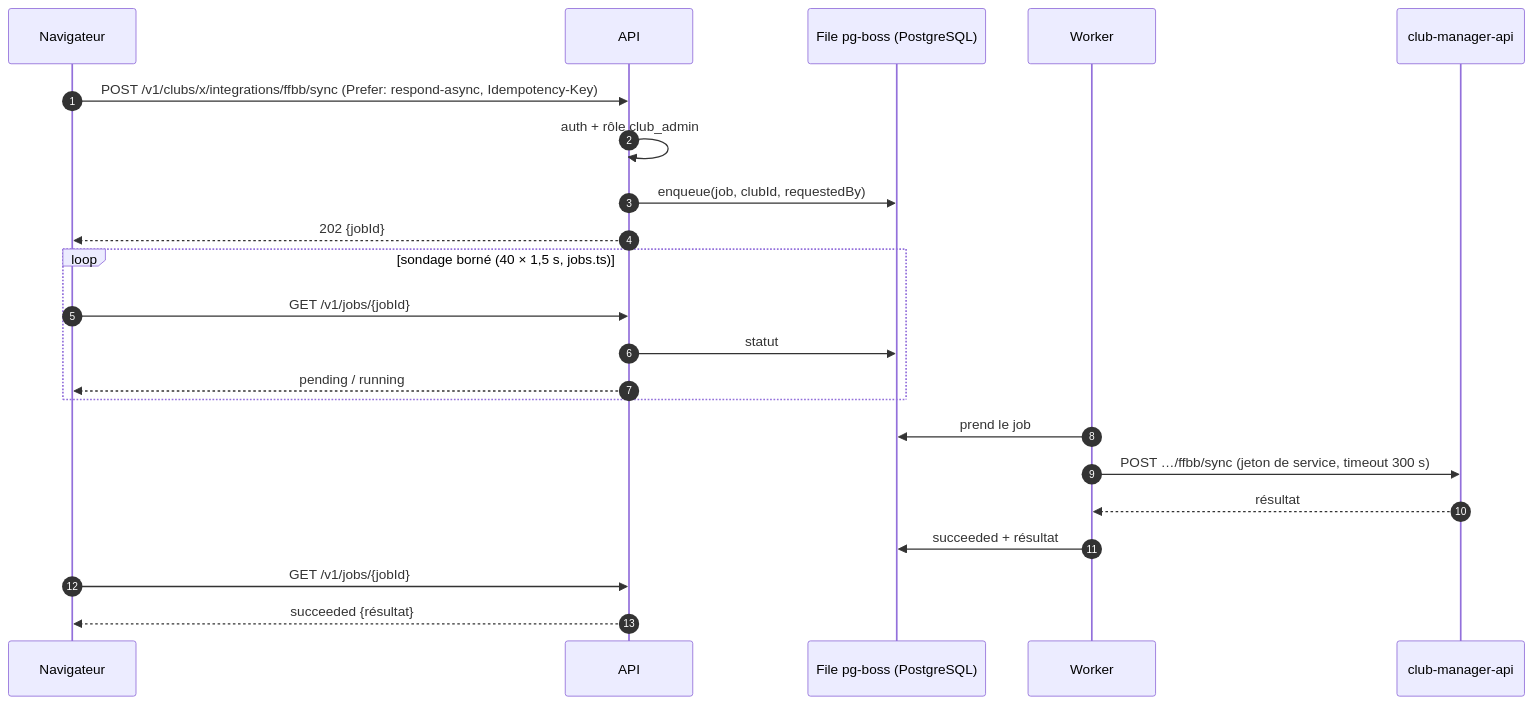
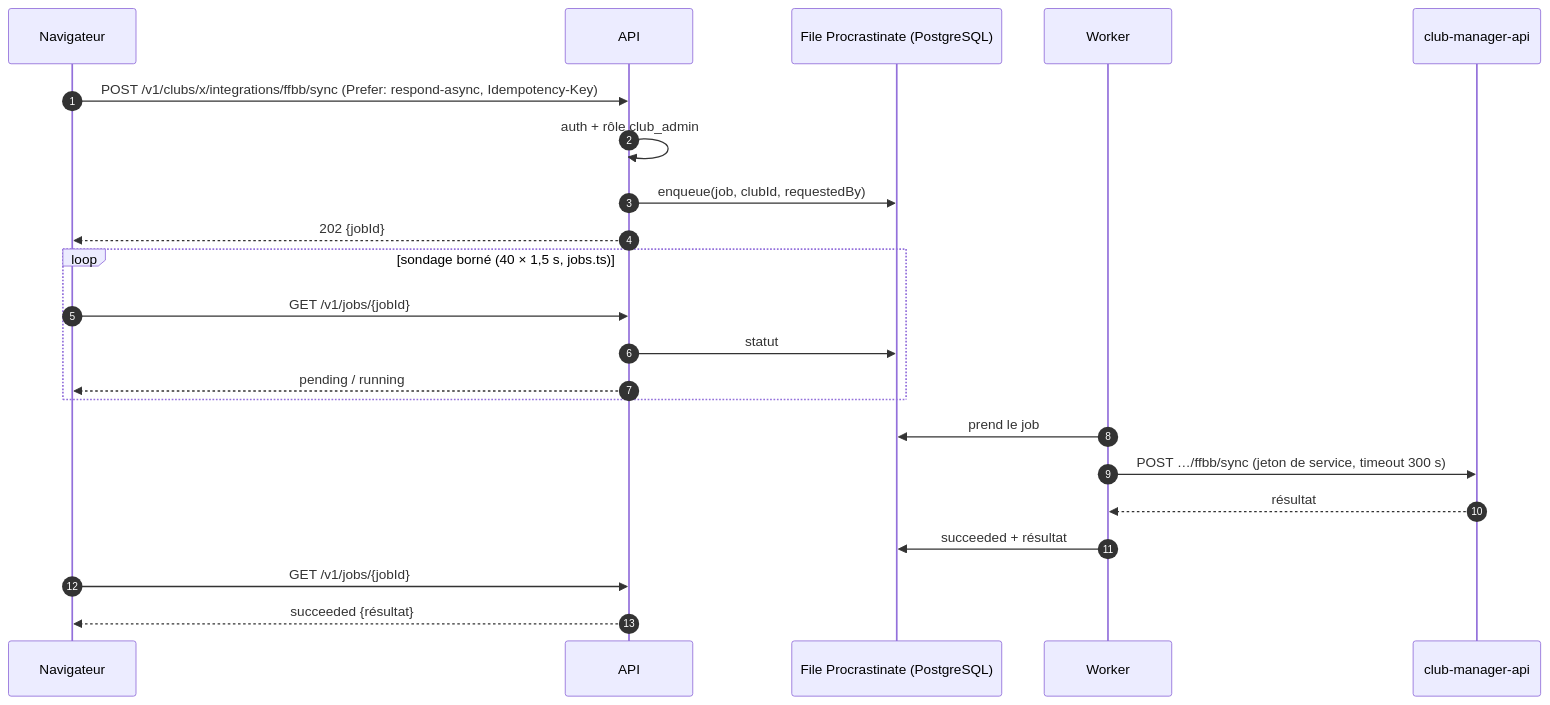
The fourth of 6 diagrams in docs/migration/05-architecture-cible.md (anisfut1/SCSB), drawn with Mermaid before and after one commit. The commit also changed other lines of this file and 7 other files, not shown here.

````diff
--- a/docs/migration/05-architecture-cible.md
+++ b/docs/migration/05-architecture-cible.md
@@ -98,24 +98,24 @@
 ```mermaid
 sequenceDiagram
   autonumber
   participant B as Navigateur
   participant A as API
-  participant Q as File pg-boss (PostgreSQL)
+  participant Q as File Procrastinate (PostgreSQL)
   participant W as Worker
   participant L as club-manager-api
   B->>A: POST /v1/clubs/x/integrations/ffbb/sync (Prefer: respond-async, Idempotency-Key)
   A->>A: auth + rôle club_admin
   A->>Q: enqueue(job, clubId, requestedBy)
   A-->>B: 202 {jobId}
   loop sondage borné (40 × 1,5 s, jobs.ts)
     B->>A: GET /v1/jobs/{jobId}
     A->>Q: statut
     A-->>B: pending / running
   end
   W->>Q: prend le job
   W->>L: POST …/ffbb/sync (jeton de service, timeout 300 s)
   L-->>W: résultat
   W->>Q: succeeded + résultat
   B->>A: GET /v1/jobs/{jobId}
   A-->>B: succeeded {résultat}
 ```
````
